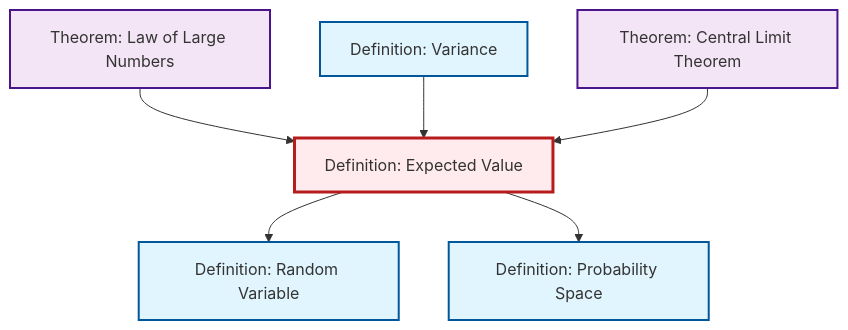
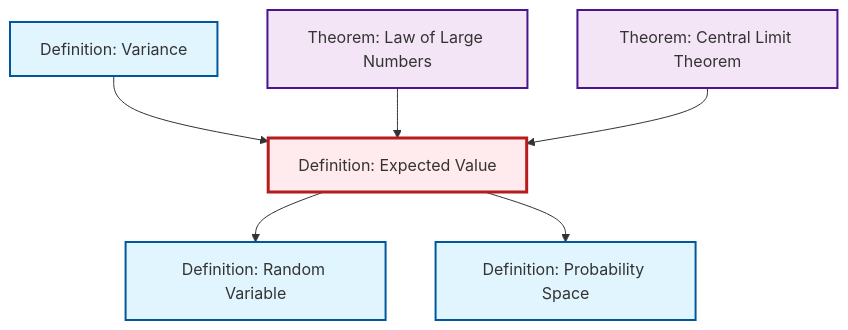
Before and after one commit to RK0429/ModernMath: the second of 2 diagrams in content/ja/probability-statistics/def-expectation.qmd, drawn with Mermaid. The commit also changed other lines of this file and 497 other files, not shown here.

````diff
--- a/content/ja/probability-statistics/def-expectation.qmd
+++ b/content/ja/probability-statistics/def-expectation.qmd
@@ -88,26 +88,26 @@
 ```{mermaid}
 %%| fig-cap: "Local dependency graph"
 graph TD
     classDef definition fill:#e1f5fe,stroke:#01579b,stroke-width:2px
     classDef theorem fill:#f3e5f5,stroke:#4a148c,stroke-width:2px
     classDef axiom fill:#fff3e0,stroke:#e65100,stroke-width:2px
     classDef example fill:#e8f5e9,stroke:#1b5e20,stroke-width:2px
     classDef current fill:#ffebee,stroke:#b71c1c,stroke-width:3px
-    def-probability-space["Definition: Probability Space"]:::definition
+    def-random-variable["Definition: Random Variable"]:::definition
     def-expectation["Definition: Expected Value"]:::definition
-    def-random-variable["Definition: Random Variable"]:::definition
     thm-central-limit["Theorem: Central Limit Theorem"]:::theorem
     def-variance["Definition: Variance"]:::definition
     thm-law-of-large-numbers["Theorem: Law of Large Numbers"]:::theorem
-    thm-law-of-large-numbers --> def-expectation
+    def-probability-space["Definition: Probability Space"]:::definition
     def-variance --> def-expectation
     def-expectation --> def-random-variable
+    thm-law-of-large-numbers --> def-expectation
     thm-central-limit --> def-expectation
     def-expectation --> def-probability-space
     class def-expectation current
-    click def-probability-space "def-probability-space.html" "Definition: Probability Spaceへ"
     click def-random-variable "def-random-variable.html" "Definition: Random Variableへ"
     click thm-central-limit "thm-central-limit.html" "Theorem: Central Limit Theoremへ"
     click def-variance "def-variance.html" "Definition: Varianceへ"
     click thm-law-of-large-numbers "thm-law-of-large-numbers.html" "Theorem: Law of Large Numbersへ"
+    click def-probability-space "def-probability-space.html" "Definition: Probability Spaceへ"
 ```
````
